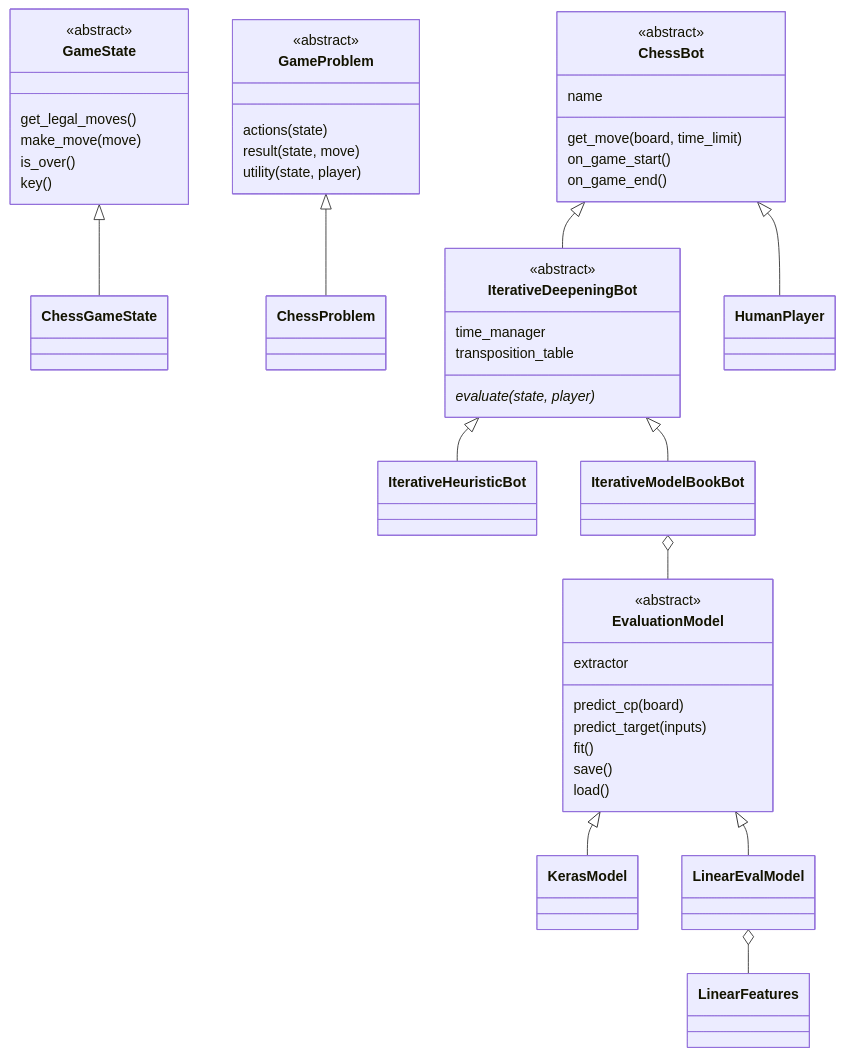
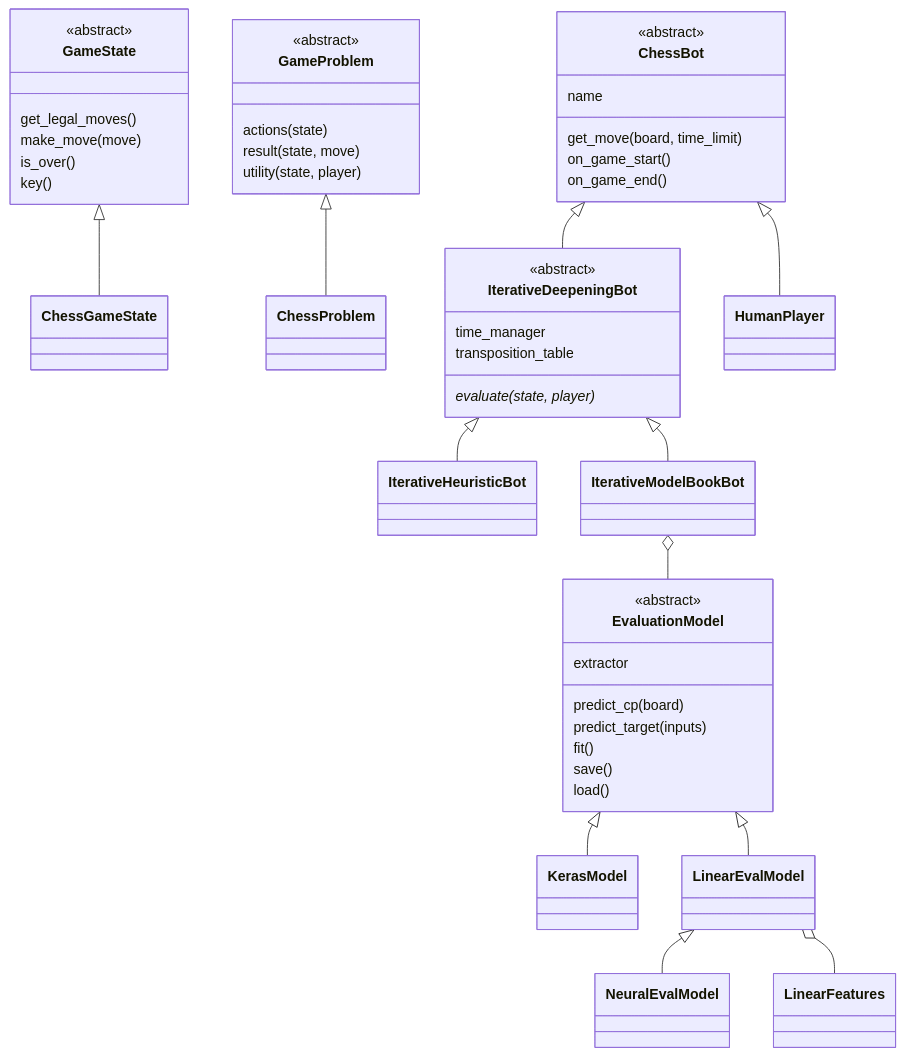
The second of 3 diagrams in docs/ARCHITECTURE.md (JoaquinDeVA/chess-ai-engine), drawn with Mermaid before and after one commit. The commit also changed other lines of this file and 4 other files, not shown here.

Commit message:
docs: README, architecture, adding-a-model and index pages rewritten in English (results page pending)

````diff
--- a/docs/ARCHITECTURE.md
+++ b/docs/ARCHITECTURE.md
@@ -43,50 +64,51 @@
 ```mermaid
 classDiagram
     class GameState {
         <<abstract>>
         get_legal_moves()
         make_move(move)
         is_over()
         key()
     }
     class GameProblem {
         <<abstract>>
         actions(state)
         result(state, move)
         utility(state, player)
     }
     GameState <|-- ChessGameState
     GameProblem <|-- ChessProblem
 
     class ChessBot {
         <<abstract>>
         name
         get_move(board, time_limit)
         on_game_start()
         on_game_end()
     }
     class IterativeDeepeningBot {
         <<abstract>>
         time_manager
         transposition_table
         evaluate(state, player)*
     }
     ChessBot <|-- IterativeDeepeningBot
     ChessBot <|-- HumanPlayer
     IterativeDeepeningBot <|-- IterativeHeuristicBot
     IterativeDeepeningBot <|-- IterativeModelBookBot
 
     class EvaluationModel {
         <<abstract>>
         extractor
         predict_cp(board)
         predict_target(inputs)
         fit()
         save()
         load()
     }
     EvaluationModel <|-- KerasModel
     EvaluationModel <|-- LinearEvalModel
+    LinearEvalModel <|-- NeuralEvalModel
     LinearEvalModel o-- LinearFeatures
     IterativeModelBookBot o-- EvaluationModel
 ```
````
